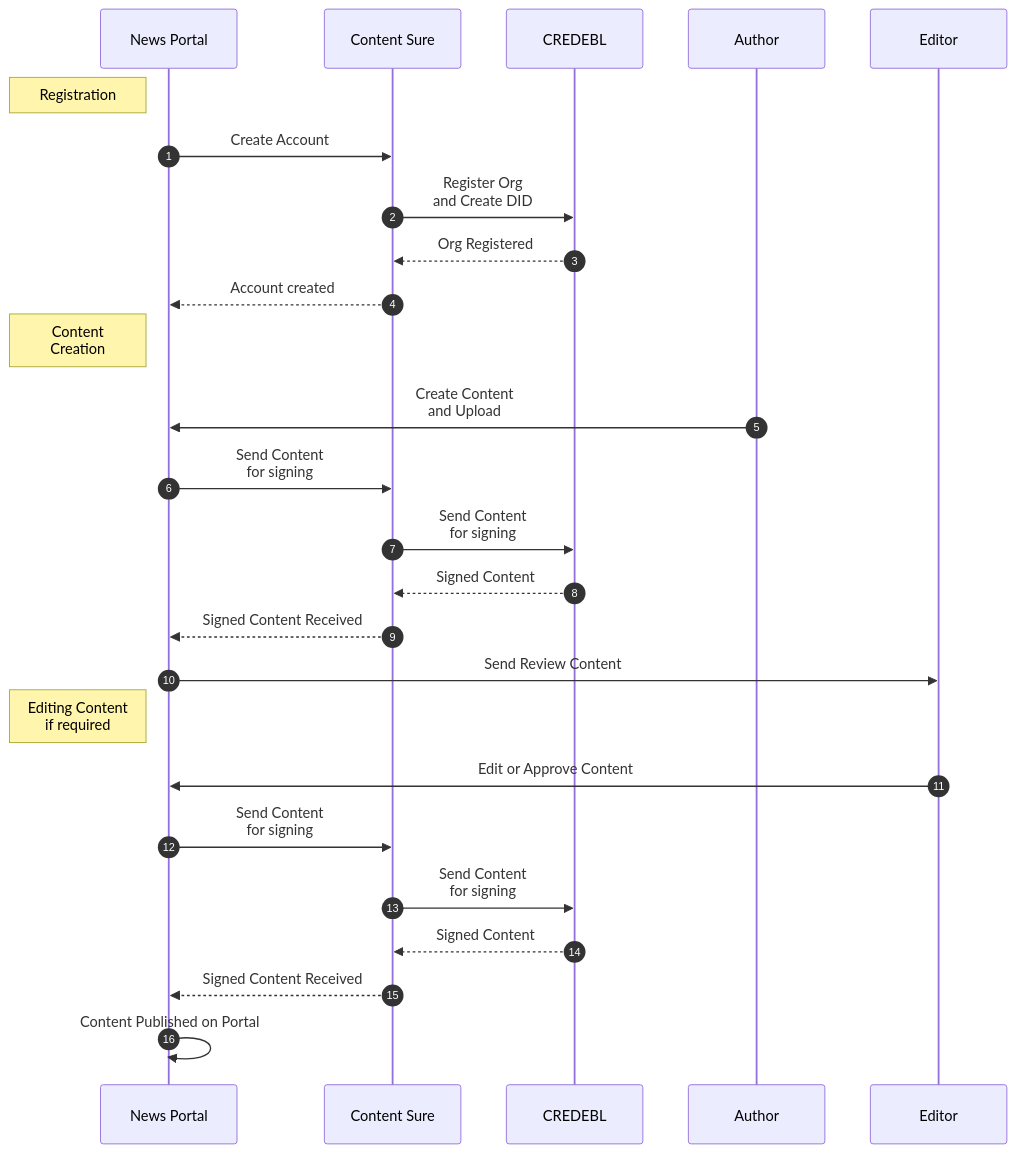
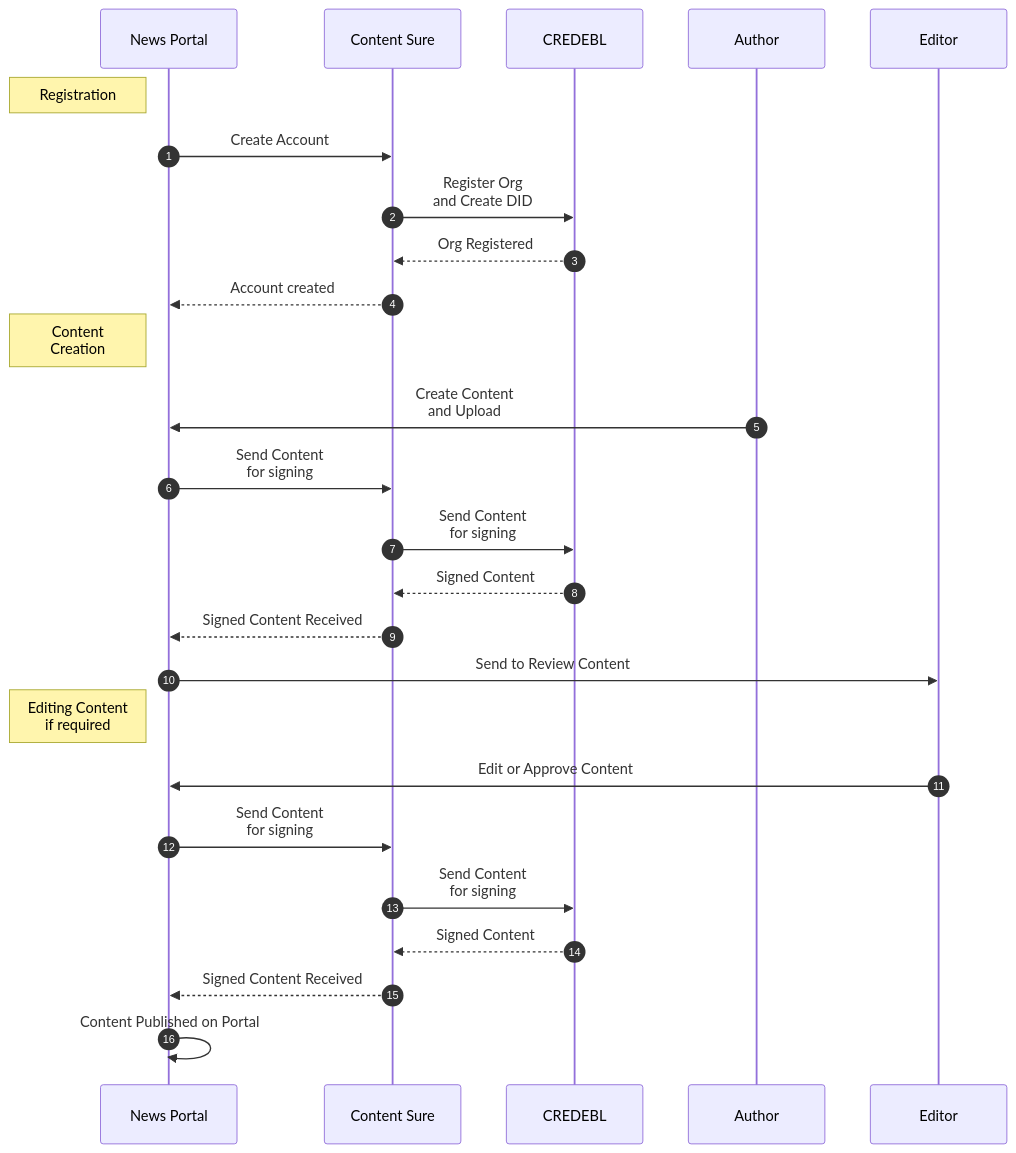
One commit to sairanjit/ContentSure changed the diagram in README.md. Above: the diagram before and after it, drawn with Mermaid.

Commit message:
feta: updated diagram

````diff
--- a/README.md
+++ b/README.md
@@ -3,32 +3,32 @@
 ```mermaid
 sequenceDiagram
 autonumber
 participant News Portal
 participant Content Sure
 participant CREDEBL
 participant Author
 participant Editor
 
     Note left of News Portal: Registration
     News Portal->>Content Sure: Create Account
     Content Sure->>CREDEBL: Register Org <br>and Create DID
     CREDEBL-->>Content Sure: Org Registered
     Content Sure-->>News Portal: Account created
 
     Note left of News Portal: Content <br> Creation
     Author->>News Portal: Create Content <br>and Upload
     News Portal->>Content Sure: Send Content <br> for signing
     Content Sure->>CREDEBL: Send Content <br> for signing
     CREDEBL-->>Content Sure: Signed Content
     Content Sure-->>News Portal: Signed Content Received
-    News Portal->>Editor: Send Review Content
+    News Portal->>Editor: Send to Review Content
 
     Note left of News Portal: Editing Content <br>if required
     Editor->>News Portal: Edit or Approve Content
     News Portal->>Content Sure: Send Content <br> for signing
     Content Sure->>CREDEBL: Send Content <br> for signing
     CREDEBL-->>Content Sure: Signed Content
     Content Sure-->>News Portal: Signed Content Received
     News Portal->>News Portal: Content Published on Portal
 
 ```
````
